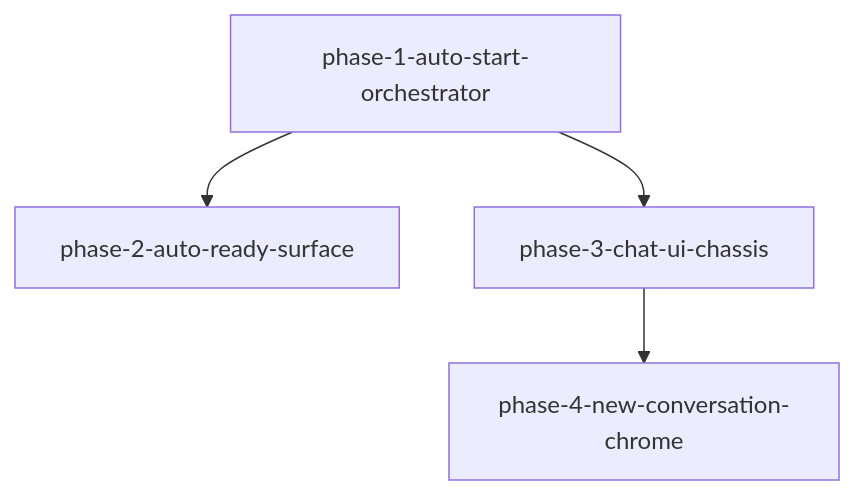
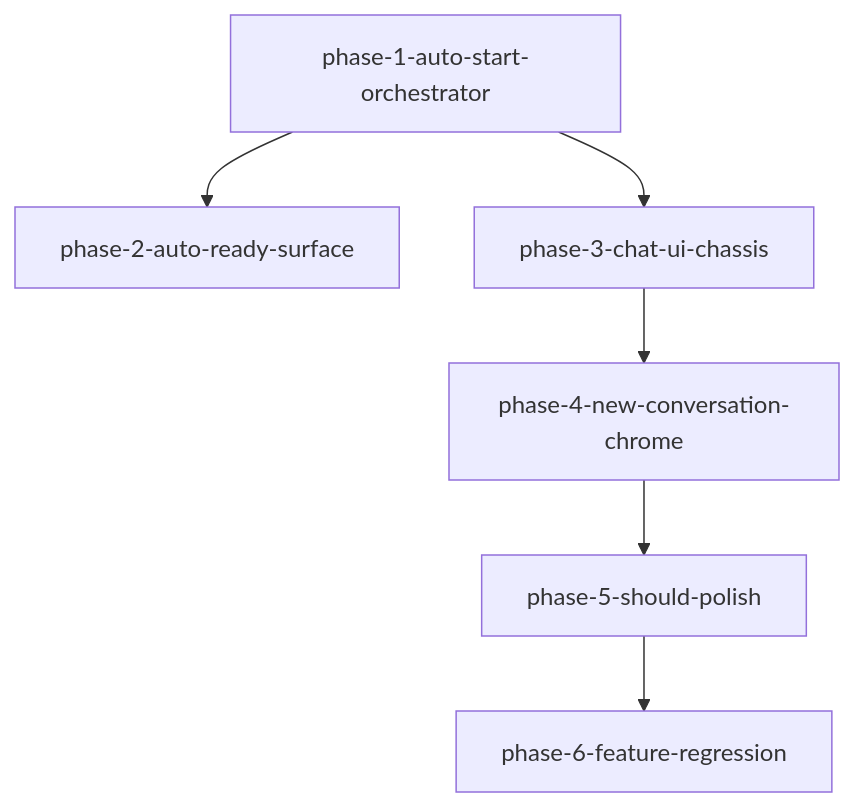
Before and after one commit to chenxidada/deepseek-harness: the diagram in .specdev/specs/vscode-dsh-chat-ready/phase-plan.md, drawn with Mermaid. The commit also changed other lines of this file and 44 other files, not shown here.

First line of the commit message:
Phase phase-5-should-polish: Promote former Should ACs to Must

````diff
--- a/.specdev/specs/vscode-dsh-chat-ready/phase-plan.md
+++ b/.specdev/specs/vscode-dsh-chat-ready/phase-plan.md
@@ -27,11 +33,15 @@
 ```mermaid
 graph TD
   P1[phase-1-auto-start-orchestrator]
   P2[phase-2-auto-ready-surface]
   P3[phase-3-chat-ui-chassis]
   P4[phase-4-new-conversation-chrome]
+  P5[phase-5-should-polish]
+  P6[phase-6-feature-regression]
 
   P1 --> P2
   P1 --> P3
   P3 --> P4
+  P4 --> P5
+  P5 --> P6
 ```
````
